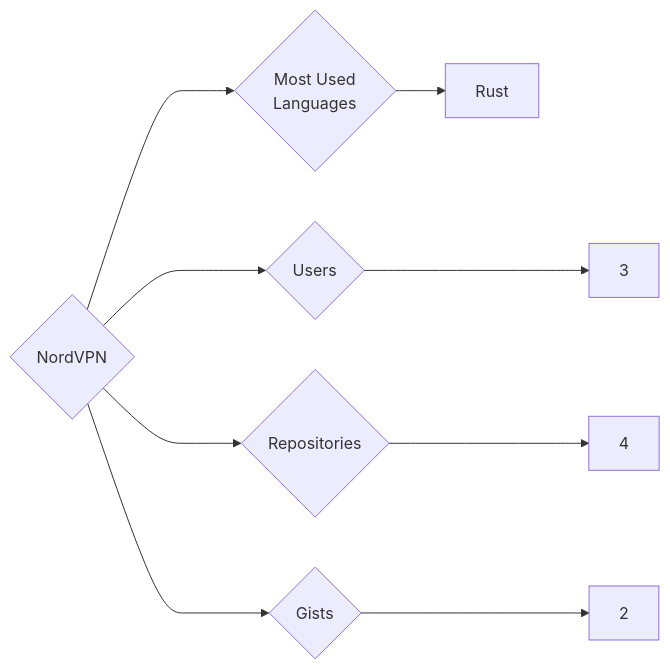
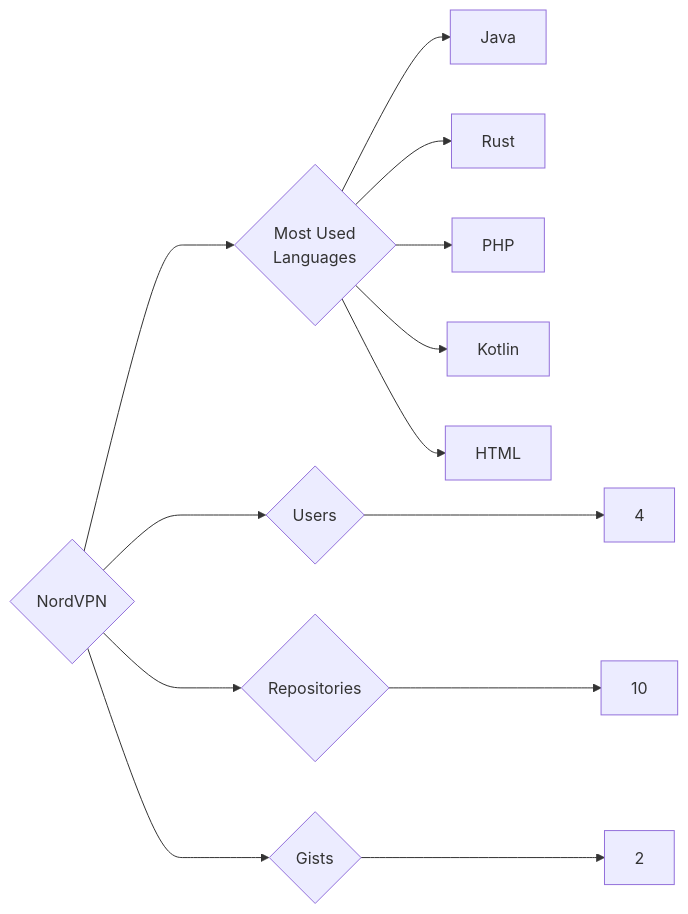
The diagram in targets/NordVPN/README.md (trickest/insiders), drawn with Mermaid before and after one commit. The commit also changed 715 other files, not shown here.

````diff
--- a/targets/NordVPN/README.md
+++ b/targets/NordVPN/README.md
@@ -3,9 +3,13 @@
 ```mermaid
 graph LR
 COMPANY_NAME{NordVPN}
-COMPANY_NAME ---> U{Users} ---> UN[3]
-COMPANY_NAME ---> R{Repositories} ---> RN[4]
+COMPANY_NAME ---> U{Users} ---> UN[4]
+COMPANY_NAME ---> R{Repositories} ---> RN[10]
 COMPANY_NAME ---> G{Gists} ---> GN[2]
 COMPANY_NAME ---> ML{Most Used<br>Languages}
+ML --> Java[Java]
 ML --> Rust[Rust]
+ML --> PHP[PHP]
+ML --> Kotlin[Kotlin]
+ML --> HTML[HTML]
 ```
````
